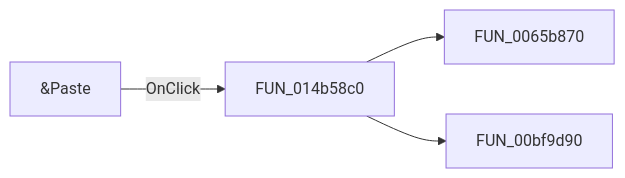
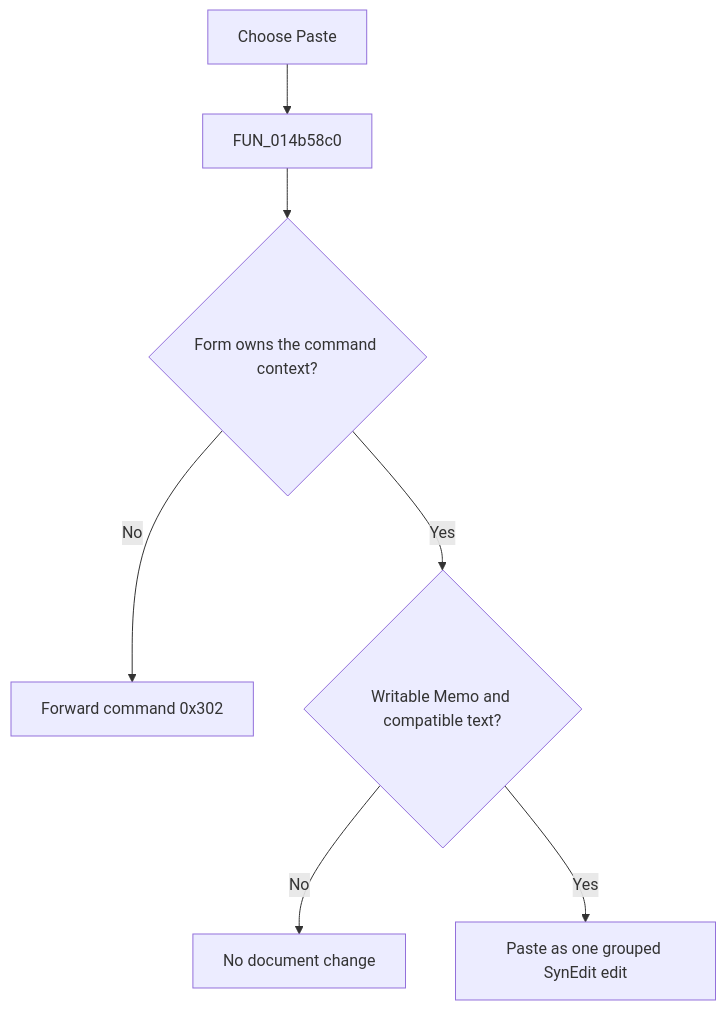
Before and after one commit to MovGP0/TIARA: the diagram in docs/ui-controls/netlistviewer/mipaste-850bfb4659.md, drawn with Mermaid. The commit also changed other lines of this file and 1062 other files, not shown here.

````diff
--- a/docs/ui-controls/netlistviewer/mipaste-850bfb4659.md
+++ b/docs/ui-controls/netlistviewer/mipaste-850bfb4659.md
@@ -27,6 +27,9 @@
 ```mermaid
-flowchart LR
-    control["&Paste"] -->|OnClick| handler["FUN_014b58c0"]
-    handler --> call1["FUN_0065b870"]
-    handler --> call2["FUN_00bf9d90"]
+flowchart TD
+    control["Choose Paste"] --> handler["FUN_014b58c0"]
+    handler --> context{"Form owns the command context?"}
+    context -->|No| forward["Forward command 0x302"]
+    context -->|Yes| input{"Writable Memo and compatible text?"}
+    input -->|No| noop["No document change"]
+    input -->|Yes| paste["Paste as one grouped SynEdit edit"]
 ```
````
